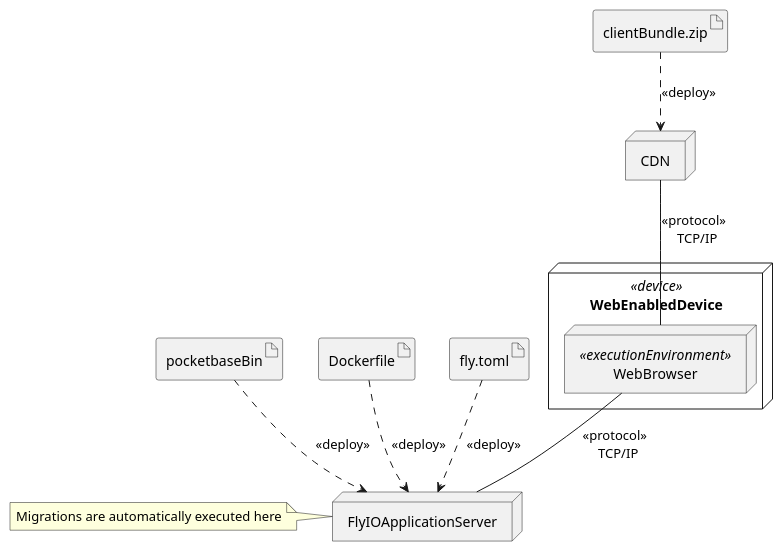
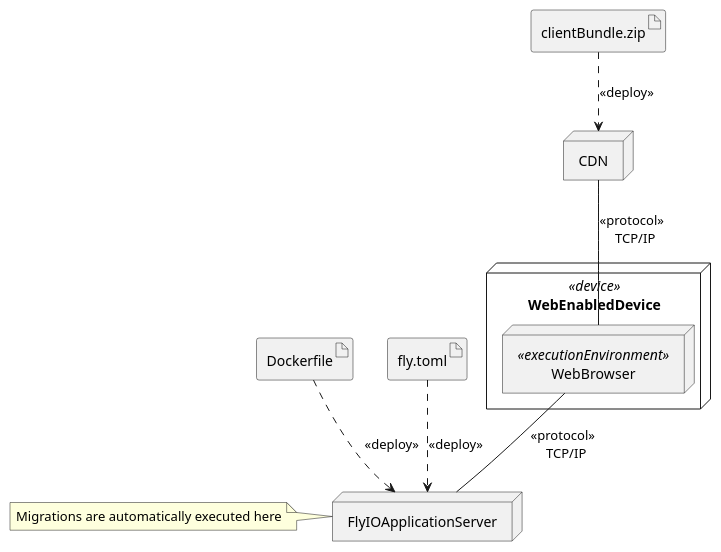
Before and after one commit to islami00/final-year-project: the diagram in packages/webapp/app/assets/uml/deployment.plantuml, drawn with PlantUML.

Commit message:
docs: Update deployment diagram

```diff
--- a/packages/webapp/app/assets/uml/deployment.plantuml
+++ b/packages/webapp/app/assets/uml/deployment.plantuml
@@ -1,27 +1,25 @@
 @startuml TMADeploymentDiagram
 
 
 artifact clientBundle.zip
-artifact pocketbaseBin
 artifact Dockerfile
 artifact fly.toml
 
 
 node FlyIOApplicationServer 
 note left : Migrations are automatically executed here
 
 node CDN
 node WebEnabledDevice << device >> {
   node WebBrowser << executionEnvironment >>
 } 
 
 clientBundle.zip   ..>  CDN : "<<deploy>>" 
-pocketbaseBin   ..>  FlyIOApplicationServer : "<<deploy>>" 
 Dockerfile   ..>  FlyIOApplicationServer : "<<deploy>>" 
 fly.toml   ..>  FlyIOApplicationServer : "<<deploy>>" 
 
 
 CDN -- WebBrowser : "<<protocol>> \n TCP/IP"
 WebBrowser -- FlyIOApplicationServer : "<<protocol>> \n TCP/IP"
 
 @enduml
```
